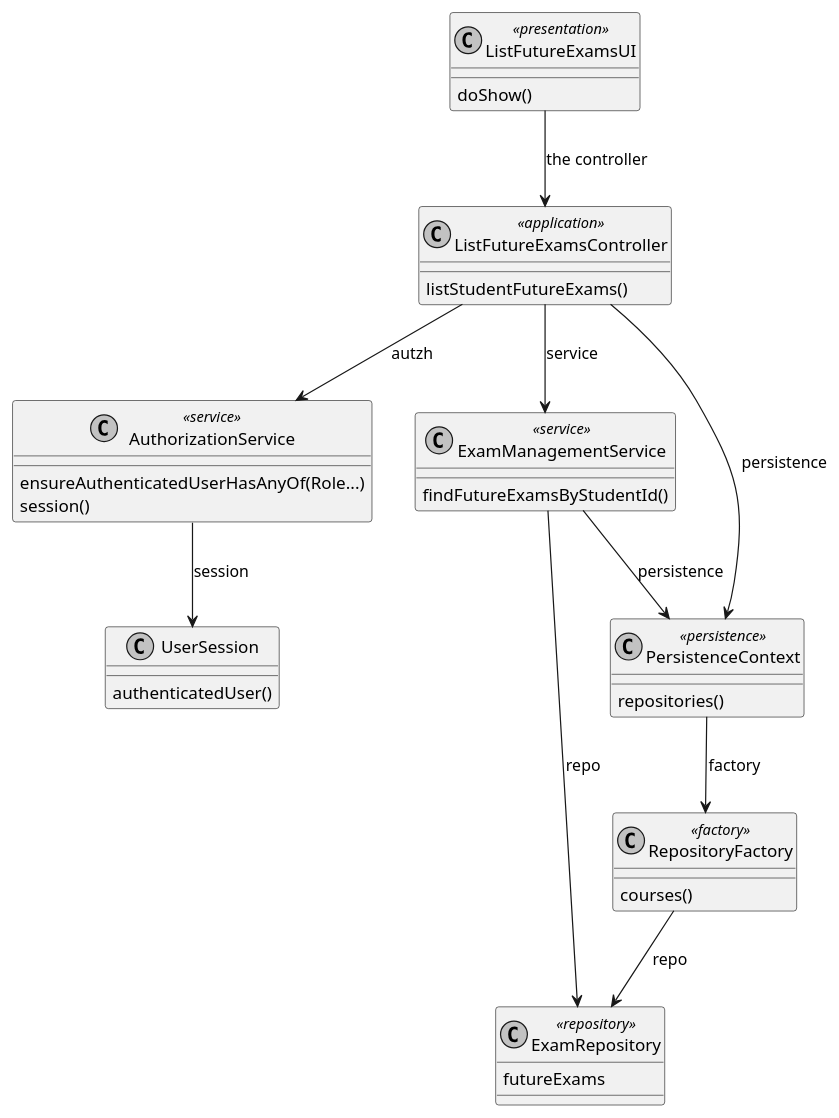
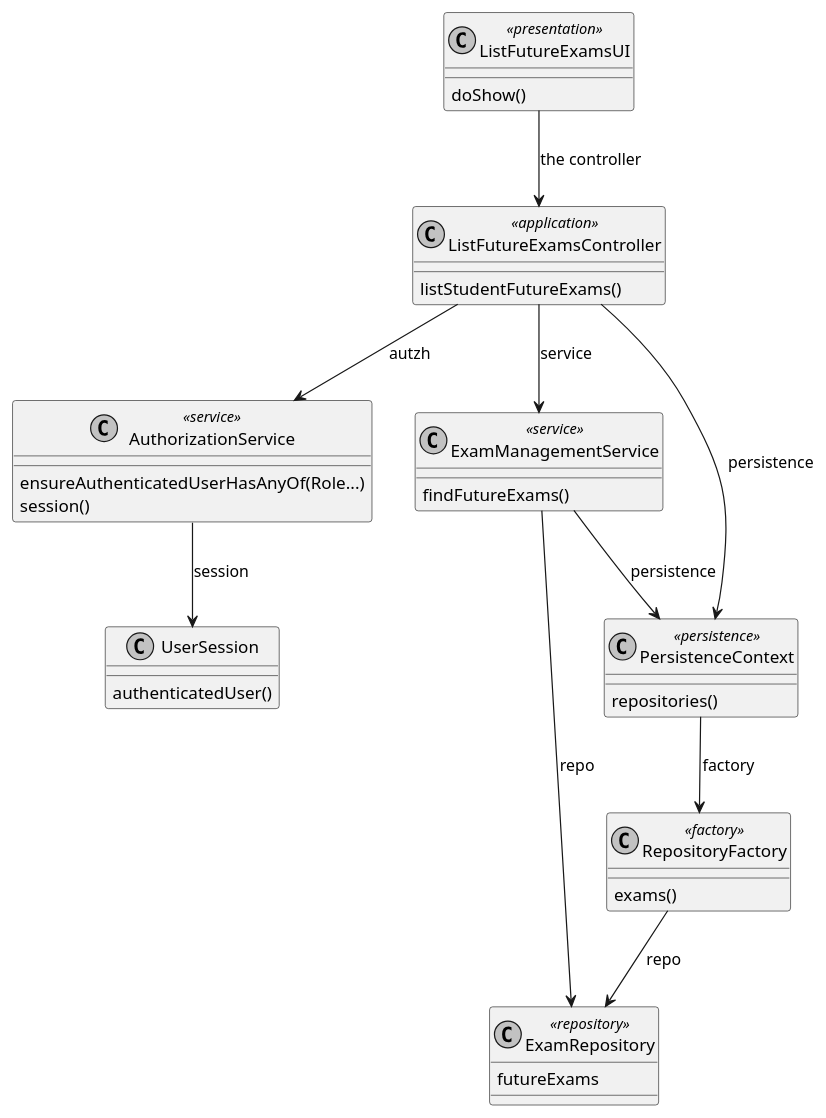
The diagram in docs/SPRINT B/US_2002/CD/ListFutureExams-CD.puml (brunacosta03/sem4pi_22_23), drawn with PlantUML before and after one commit. The commit also changed 3 other files, not shown here.

Commit message:
US2002: Small diagram refactors to meet the correct names #14

```diff
--- a/docs/SPRINT B/US_2002/CD/ListFutureExams-CD.puml
+++ b/docs/SPRINT B/US_2002/CD/ListFutureExams-CD.puml
@@ -1,51 +1,51 @@
 @startuml
 
 skinparam monochrome true
 skinparam packageStyle rect
 skinparam defaultFontName FG Virgil
 skinparam shadowing false
 
 class ListFutureExamsUI <<presentation>> {
     doShow()
 }
 class ListFutureExamsController <<application>> {
     listStudentFutureExams()
 }
 
 class AuthorizationService <<service>> {
     ensureAuthenticatedUserHasAnyOf(Role...)
     session()
 }
 
 class UserSession {
     authenticatedUser()
 }
 
 class ExamManagementService <<service>> {
-    findFutureExamsByStudentId()
+    findFutureExams()
 }
 
 class PersistenceContext <<persistence>> {
     repositories()
 }
 
 class RepositoryFactory <<factory>> {
-    courses()
+    exams()
 }
 
 class ExamRepository <<repository>> {
     futureExams
 }
 
 ListFutureExamsUI --> ListFutureExamsController : the controller
 ListFutureExamsController --> AuthorizationService : autzh
 ListFutureExamsController --> ExamManagementService : service
 ListFutureExamsController --> PersistenceContext : persistence
 AuthorizationService --> UserSession : session
 ExamManagementService --> PersistenceContext : persistence
 ExamManagementService --> ExamRepository : repo
 PersistenceContext --> RepositoryFactory : factory
 RepositoryFactory --> ExamRepository : repo
 
 
 @enduml
```
